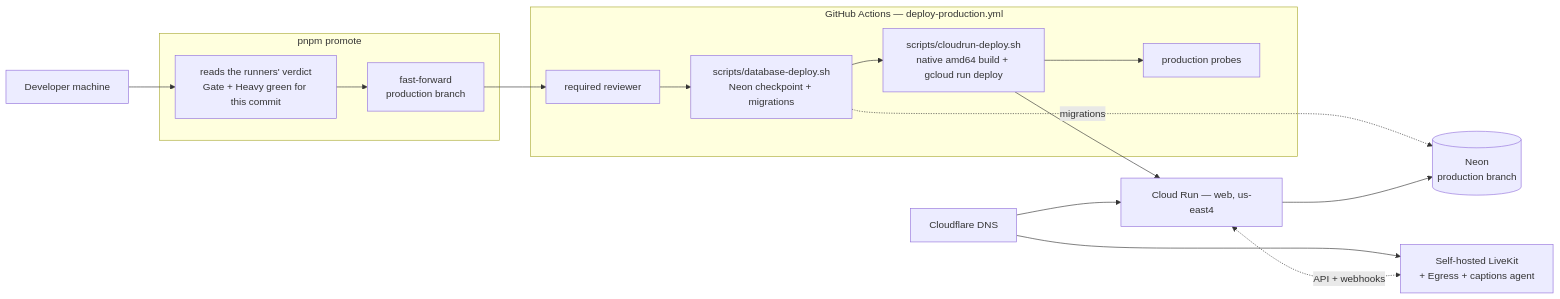
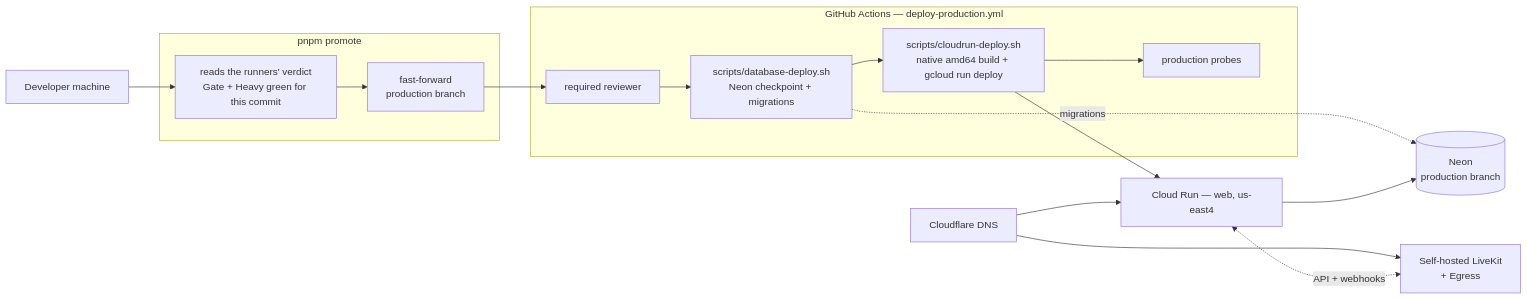
The second of 2 diagrams in README.md (jaystewartuk/spiralclass), drawn with Mermaid before and after one commit. The commit also changed other lines of this file and 111 other files, not shown here.

````diff
--- a/README.md
+++ b/README.md
@@ -561,26 +561,26 @@
 ```mermaid
 graph LR
     DEV["Developer machine"]
     subgraph gate["pnpm promote"]
         G["reads the runners' verdict<br/>Gate + Heavy green for this commit"]
         FF["fast-forward<br/>production branch"]
     end
     subgraph gha["GitHub Actions — deploy-production.yml"]
         APPROVE["required reviewer"]
         DB["scripts/database-deploy.sh<br/>Neon checkpoint + migrations"]
         BUILD["scripts/cloudrun-deploy.sh<br/>native amd64 build + gcloud run deploy"]
         PROBE["production probes"]
     end
     RUN["Cloud Run — web, us-east4"]
     NEON[("Neon<br/>production branch")]
     CF["Cloudflare DNS"]
-    LKBOX["Self-hosted LiveKit<br/>+ Egress + captions agent"]
+    LKBOX["Self-hosted LiveKit<br/>+ Egress"]
 
     DEV --> G --> FF --> APPROVE --> DB --> BUILD --> RUN
     BUILD --> PROBE
     DB -.migrations.-> NEON
     RUN --> NEON
     CF --> RUN
     CF --> LKBOX
     RUN <-.->|API + webhooks| LKBOX
 ```
````
